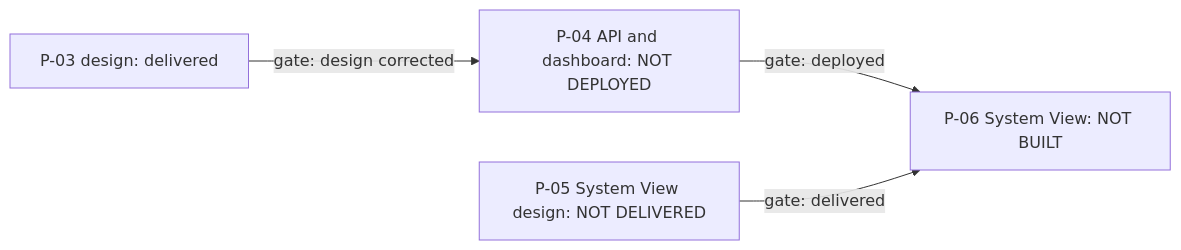
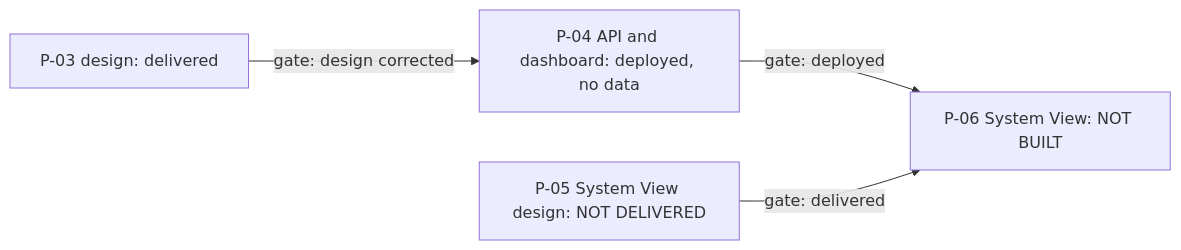
One commit to smatt92/hyderabad-corridor-ledger changed diagram 13 of 13 in docs/architecture.md. Above: the diagram before and after it, drawn with Mermaid. The commit also changed other lines of this file and 5 other files, not shown here.

````diff
--- a/docs/architecture.md
+++ b/docs/architecture.md
@@ -762,10 +761,10 @@
 ```mermaid
 flowchart LR
     P03["P-03 design: delivered"]
-    P04["P-04 API and dashboard: NOT DEPLOYED"]
+    P04["P-04 API and dashboard: deployed, no data"]
     P05["P-05 System View design: NOT DELIVERED"]
     P06["P-06 System View: NOT BUILT"]
     P03 -->|"gate: design corrected"| P04
     P04 -->|"gate: deployed"| P06
     P05 -->|"gate: delivered"| P06
 ```
````
